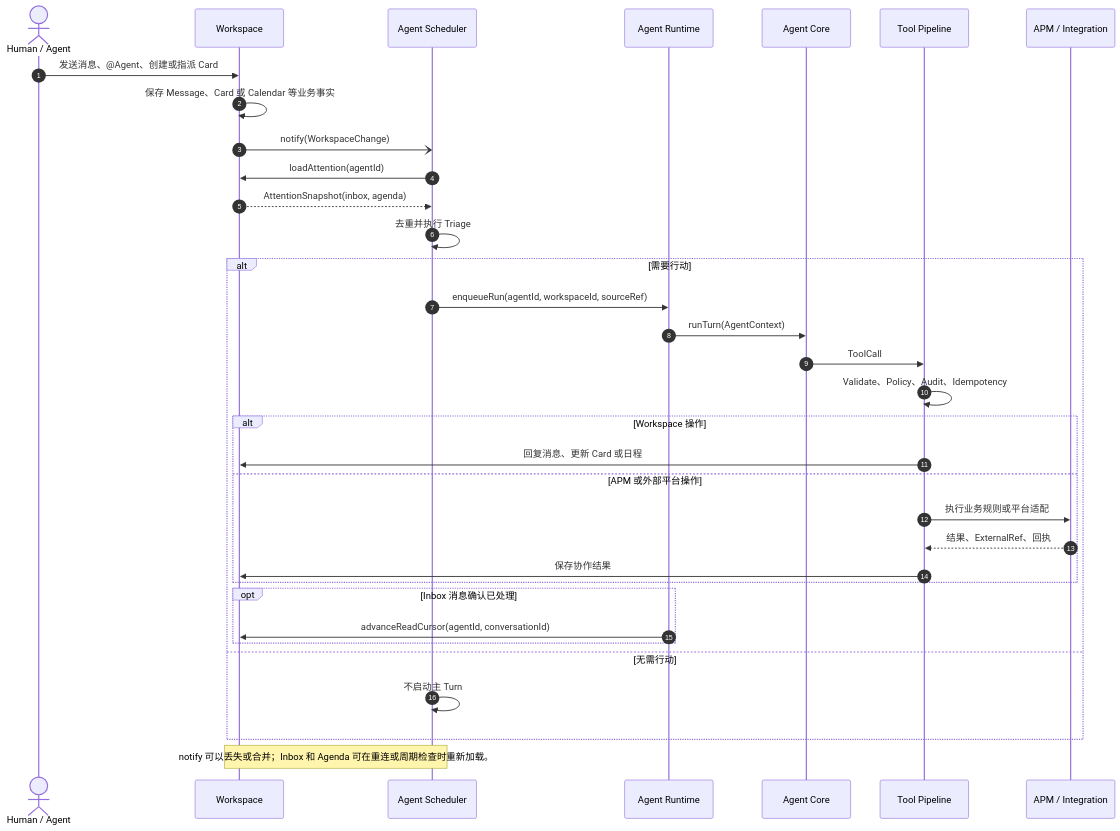
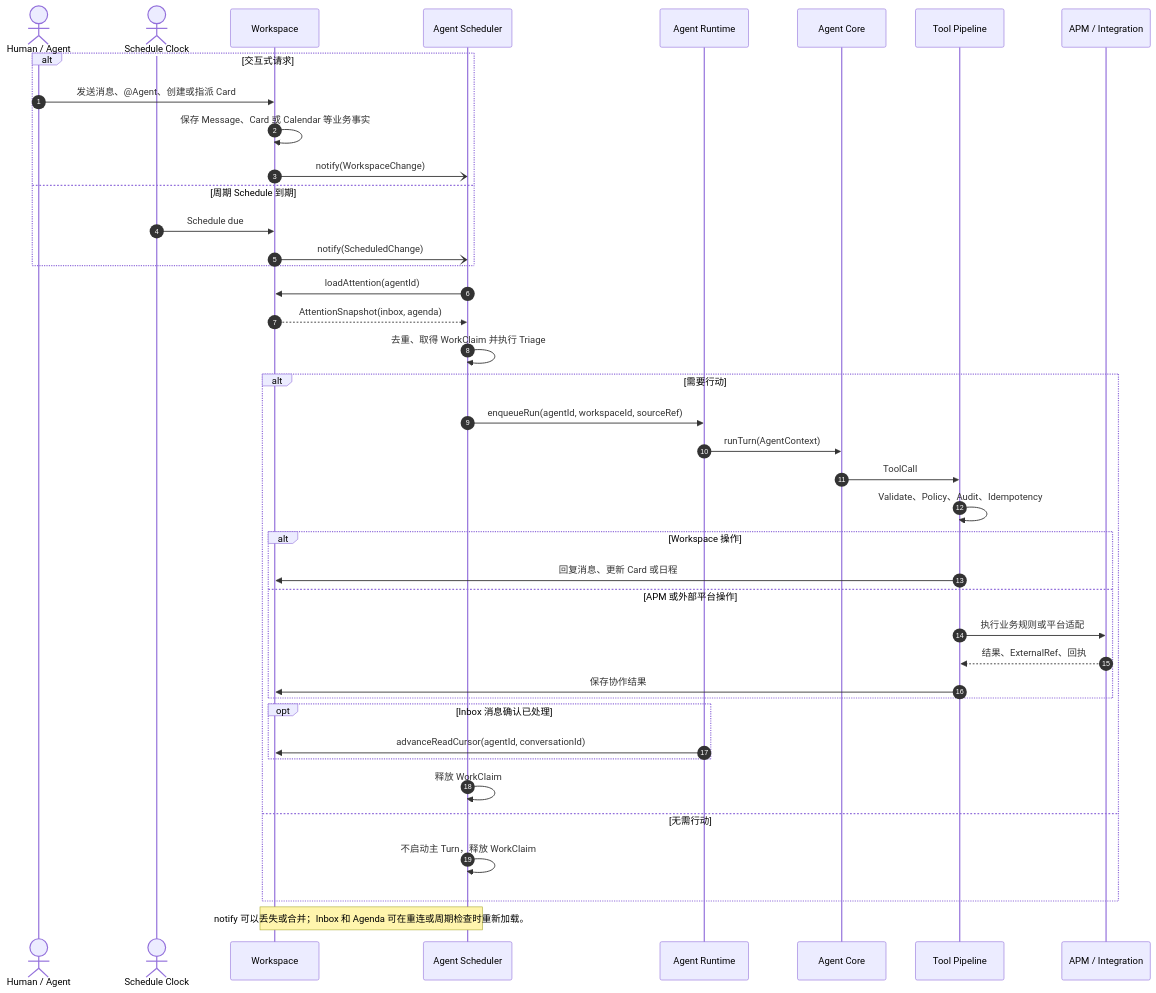
Before and after one commit to ShawnDen-coder/fastmpa: the second of 2 diagrams in docs/ROADMAP.md, drawn with Mermaid. The commit also changed other lines of this file and 1 other file, not shown here.

Commit message:
docs: update roadmap

````diff
--- a/docs/ROADMAP.md
+++ b/docs/ROADMAP.md
@@ -36,39 +79,46 @@
 ```mermaid
 sequenceDiagram
     autonumber
     actor User as Human / Agent
+    actor Clock as Schedule Clock
     participant WS as Workspace
     participant Scheduler as Agent Scheduler
     participant Runtime as Agent Runtime
     participant Core as Agent Core
     participant Tools as Tool Pipeline
     participant Extension as APM / Integration
 
-    User->>WS: 发送消息、@Agent、创建或指派 Card
-    WS->>WS: 保存 Message、Card 或 Calendar 等业务事实
-    WS-)Scheduler: notify(WorkspaceChange)
+    alt 交互式请求
+        User->>WS: 发送消息、@Agent、创建或指派 Card
+        WS->>WS: 保存 Message、Card 或 Calendar 等业务事实
+        WS-)Scheduler: notify(WorkspaceChange)
+    else 周期 Schedule 到期
+        Clock->>WS: Schedule due
+        WS-)Scheduler: notify(ScheduledChange)
+    end
     Scheduler->>WS: loadAttention(agentId)
     WS-->>Scheduler: AttentionSnapshot(inbox, agenda)
-    Scheduler->>Scheduler: 去重并执行 Triage
+    Scheduler->>Scheduler: 去重、取得 WorkClaim 并执行 Triage
 
     alt 需要行动
         Scheduler->>Runtime: enqueueRun(agentId, workspaceId, sourceRef)
         Runtime->>Core: runTurn(AgentContext)
         Core->>Tools: ToolCall
         Tools->>Tools: Validate、Policy、Audit、Idempotency
         alt Workspace 操作
             Tools->>WS: 回复消息、更新 Card 或日程
         else APM 或外部平台操作
             Tools->>Extension: 执行业务规则或平台适配
             Extension-->>Tools: 结果、ExternalRef、回执
             Tools->>WS: 保存协作结果
         end
         opt Inbox 消息确认已处理
             Runtime->>WS: advanceReadCursor(agentId, conversationId)
         end
+        Scheduler->>Scheduler: 释放 WorkClaim
     else 无需行动
-        Scheduler->>Scheduler: 不启动主 Turn
+        Scheduler->>Scheduler: 不启动主 Turn，释放 WorkClaim
     end
 
     Note over WS,Scheduler: notify 可以丢失或合并；Inbox 和 Agenda 可在重连或周期检查时重新加载。
 ```
````
